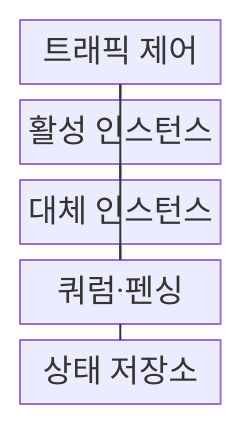
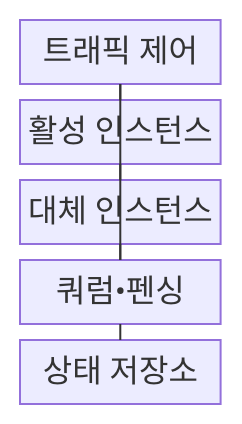
Before and after one commit to agnusdei1207/knowledge-base: the first of 2 diagrams in src/content/docs/notes/03-software/198_high_availability_design.md, drawn with Mermaid. The commit also changed other lines of this file and 953 other files, not shown here.

````diff
--- a/src/content/docs/notes/03-software/198_high_availability_design.md
+++ b/src/content/docs/notes/03-software/198_high_availability_design.md
@@ -70,14 +70,14 @@
 ```mermaid
 block
     columns 1
     A["트래픽 제어"]
     B["활성 인스턴스"]
     C["대체 인스턴스"]
-    D["쿼럼·펜싱"]
+    D["쿼럼•펜싱"]
     E["상태 저장소"]
     A --- B
     A --- C
     B --- D
     C --- D
     D --- E
 ```
````
